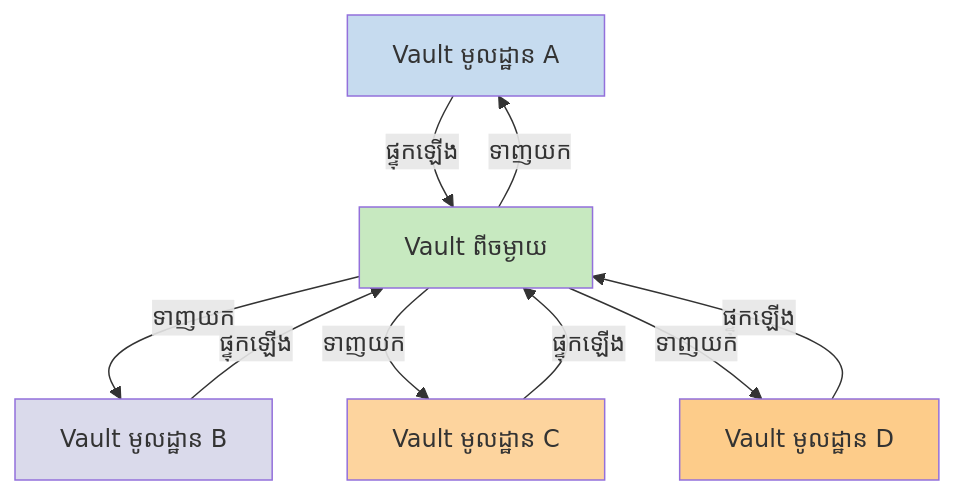
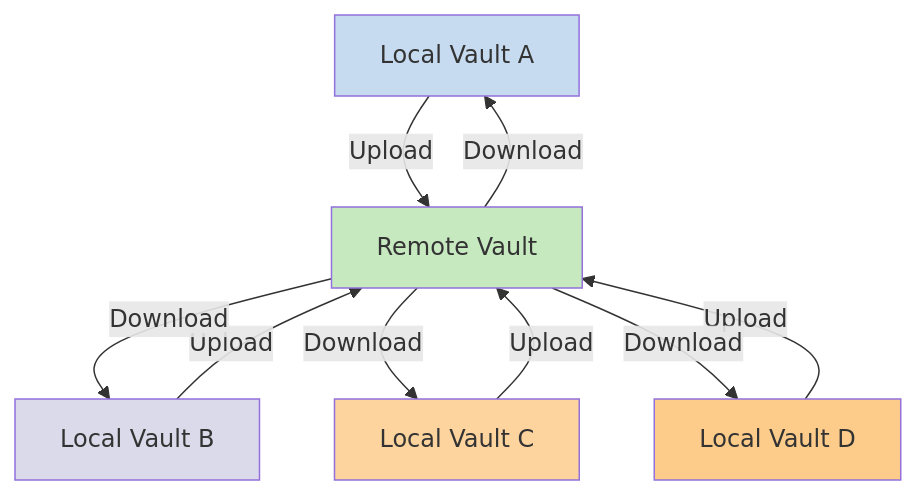
The second of 2 diagrams in km/Obsidian Sync/Vault មូលដ្ឋាន និង Vault ពីចម្ងាយ.md (obsidianmd/obsidian-help), drawn with Mermaid before and after one commit. The commit also changed other lines of this file and 99 other files, not shown here.

````diff
--- a/km/Obsidian Sync/Vault មូលដ្ឋាន និង Vault ពីចម្ងាយ.md
+++ b/km/Obsidian Sync/Vault មូលដ្ឋាន និង Vault ពីចម្ងាយ.md
@@ -65,23 +65,23 @@
 ```mermaid
 graph TD
-   D[Vault មូលដ្ឋាន A]
-   L[Vault មូលដ្ឋាន B]
-   S[Vault ពីចម្ងាយ]
-   P[Vault មូលដ្ឋាន C]
-   T[Vault មូលដ្ឋាន D]
+   D[Local Vault A]
+   L[Local Vault B]
+   S[Remote Vault]
+   P[Local Vault C]
+   T[Local Vault D]
    
-   D -->|ផ្ទុកឡើង| S
-   S -->|ទាញយក| D
-   L -->|ផ្ទុកឡើង| S
-   S -->|ទាញយក| L
-   P -->|ផ្ទុកឡើង| S
-   S -->|ទាញយក| P
-   T -->|ផ្ទុកឡើង| S
-   S -->|ទាញយក| T
+   D -->|Upload| S
+   S -->|Download| D
+   L -->|Upload| S
+   S -->|Download| L
+   P -->|Upload| S
+   S -->|Download| P
+   T -->|Upload| S
+   S -->|Download| T
    
    style D fill:#c6dbef
    style L fill:#dadaeb
    style S fill:#c7e9c0
    style P fill:#fdd49e
    style T fill:#fdcc8a
 ```
````
